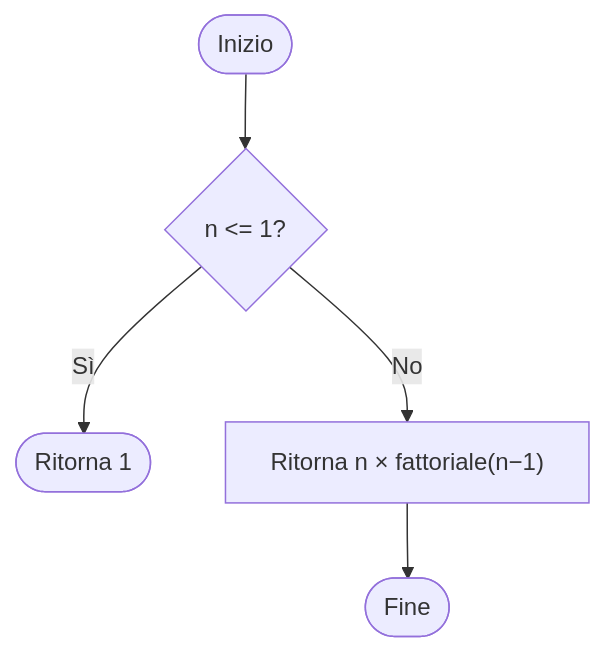
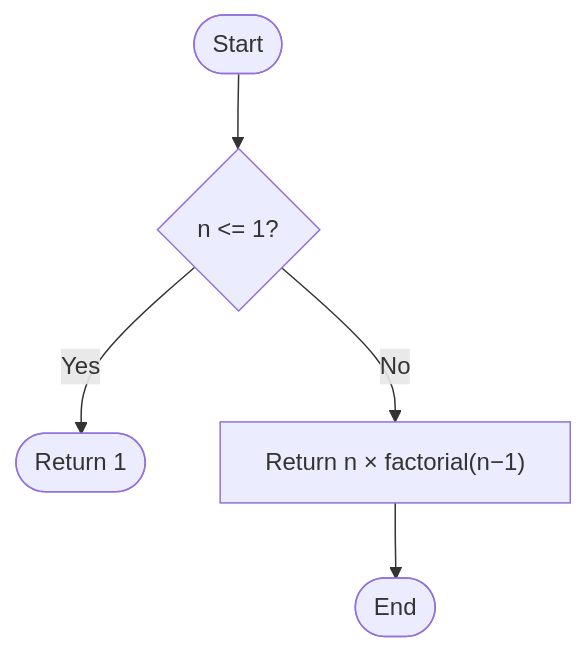
One commit to marcofarina/slidev-theme-cyberpunk-ide changed the first of 3 diagrams in example.md. Above: the diagram before and after it, drawn with Mermaid. The commit also changed other lines of this file and 3 other files, not shown here.

````diff
--- a/example.md
+++ b/example.md
@@ -319,7 +227,7 @@
 ```mermaid {scale: 0.75}
 flowchart TD
-    A([Inizio]) --> B{n <= 1?}
-    B -- Sì --> C([Ritorna 1])
-    B -- No --> D["Ritorna n × fattoriale(n−1)"]
-    D --> E([Fine])
+    A([Start]) --> B{n <= 1?}
+    B -- Yes --> C([Return 1])
+    B -- No  --> D["Return n × factorial(n−1)"]
+    D --> E([End])
 ```
````
